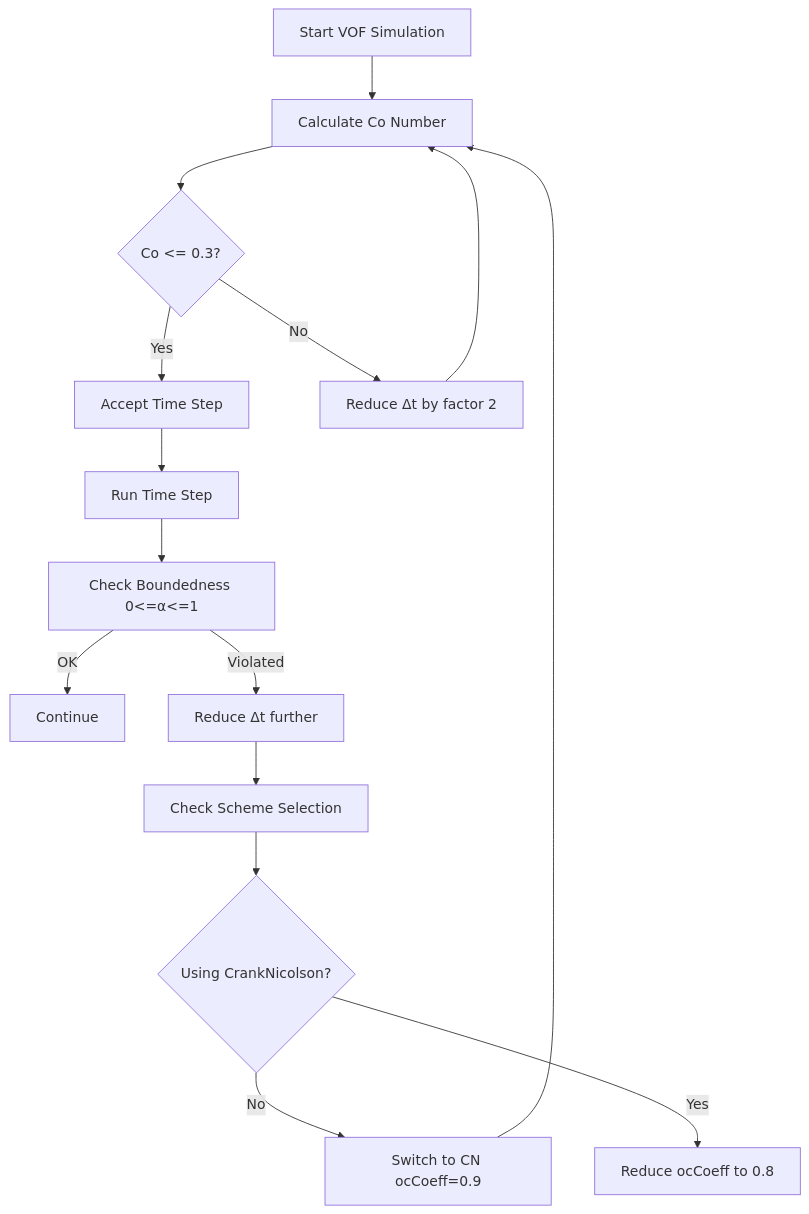
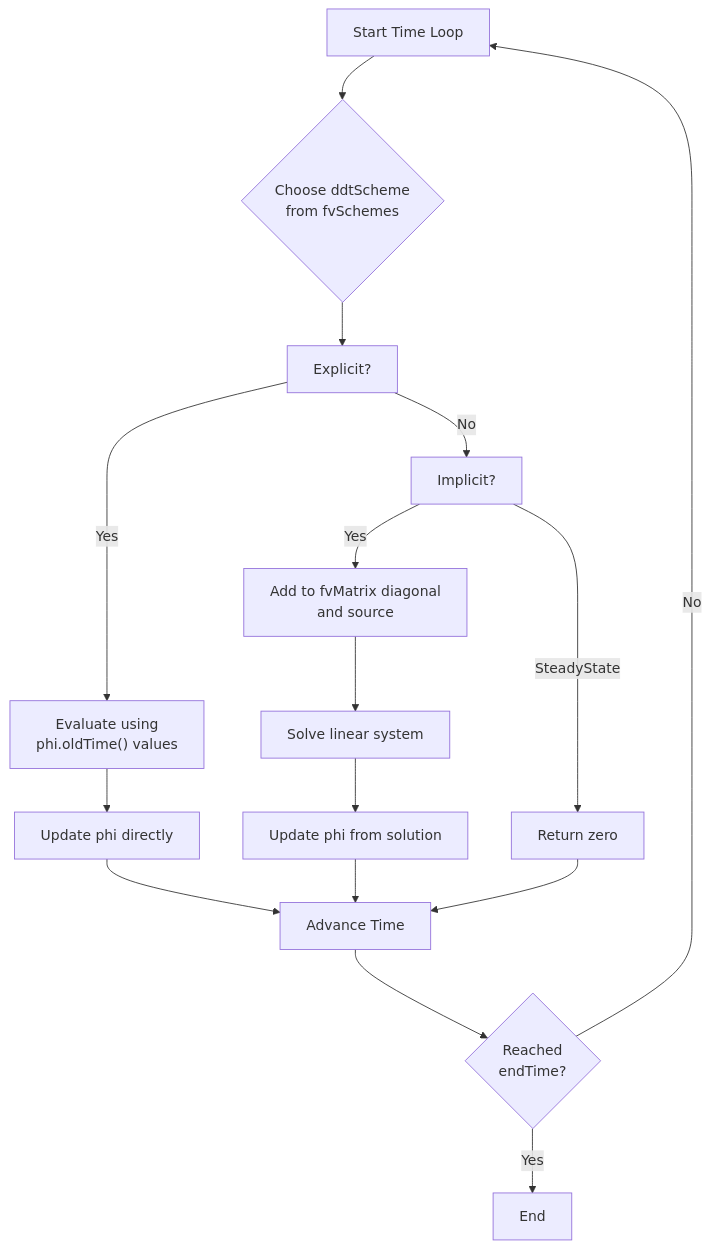
The first of 2 diagrams in daily_learning/Phase_01_Foundation_Theory/04.md (wramet/build-my-cfd), drawn with Mermaid before and after one commit. The commit also changed other lines of this file and 11 other files, not shown here.

````diff
--- a/daily_learning/Phase_01_Foundation_Theory/04.md
+++ b/daily_learning/Phase_01_Foundation_Theory/04.md
@@ -805,17 +191,24 @@
 ```mermaid
 flowchart TD
-    A[Start VOF Simulation] --> B[Calculate Co Number]
-    B --> C{Co <= 0.3?}
-    C -->|Yes| D[Accept Time Step]
-    C -->|No| E[Reduce Δt by factor 2]
-    E --> B
-    D --> F[Run Time Step]
-    F --> G[Check Boundedness 0<=α<=1]
-    G -->|OK| H[Continue]
-    G -->|Violated| I[Reduce Δt further]
-    I --> J[Check Scheme Selection]
-    J --> K{Using CrankNicolson?}
-    K -->|No| L[Switch to CN ocCoeff=0.9]
-    K -->|Yes| M[Reduce ocCoeff to 0.8]
-    L --> B
+    A["Start Time Loop"] --> B{"Choose ddtScheme<br>from fvSchemes"}
+    B --> C["Explicit?"]
+    
+    C -->|Yes| D["Evaluate using<br>phi.oldTime() values"]
+    D --> E["Update phi directly"]
+    
+    C -->|No| F["Implicit?"]
+    
+    F -->|Yes| G["Add to fvMatrix diagonal<br>and source"]
+    G --> H["Solve linear system"]
+    H --> I["Update phi from solution"]
+    
+    F -->|SteadyState| J["Return zero"]
+    
+    E --> K["Advance Time"]
+    I --> K
+    J --> K
+    
+    K --> L{"Reached<br>endTime?"}
+    L -->|No| A
+    L -->|Yes| M["End"]
 ```
````
